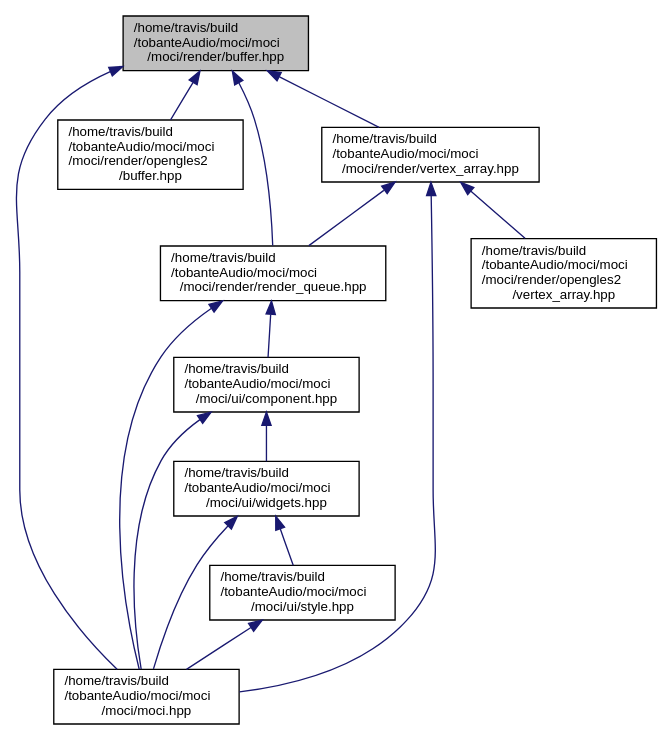
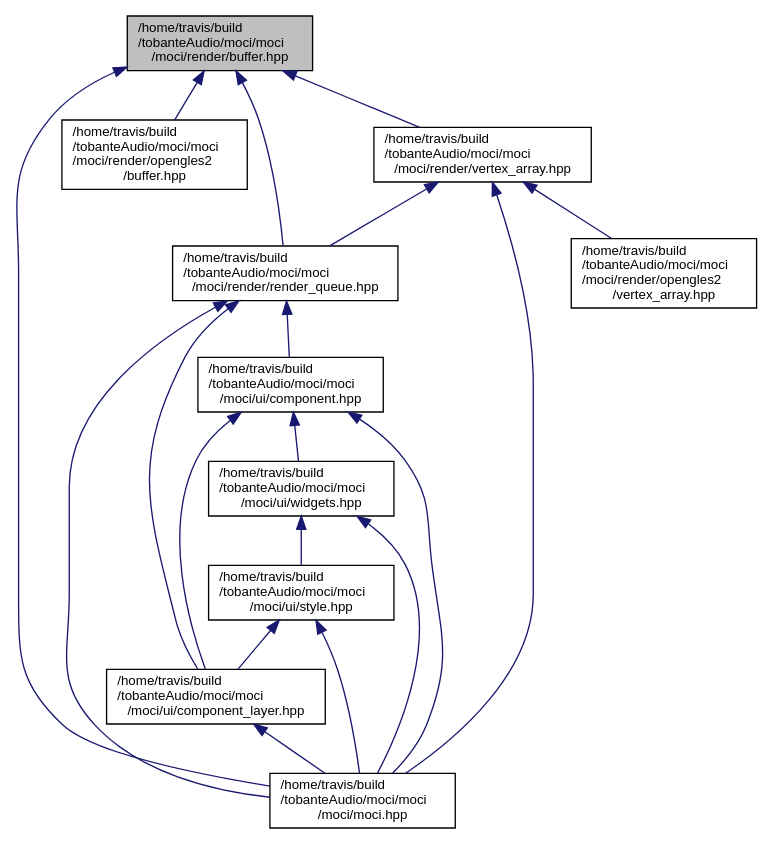
Before and after one commit to tobanteAudio/moci: the diagram in buffer_8hpp__dep__incl.dot, drawn with Graphviz. The commit also changed 93 other files, not shown here.

Commit message:
Deploy tobanteAudio/moci to github.com/tobanteAudio/moci.git:gh-pages

```diff
--- a/buffer_8hpp__dep__incl.dot
+++ b/buffer_8hpp__dep__incl.dot
@@ -1,28 +1,33 @@
 digraph "/home/travis/build/tobanteAudio/moci/moci/moci/render/buffer.hpp"
 {
   edge [fontname="Helvetica",fontsize="10",labelfontname="Helvetica",labelfontsize="10"];
   node [fontname="Helvetica",fontsize="10",shape=record];
   Node8 [label="/home/travis/build\l/tobanteAudio/moci/moci\l/moci/render/buffer.hpp",height=0.2,width=0.4,color="black", fillcolor="grey75", style="filled", fontcolor="black"];
   Node8 -> Node9 [dir="back",color="midnightblue",fontsize="10",style="solid",fontname="Helvetica"];
   Node9 [label="/home/travis/build\l/tobanteAudio/moci/moci\l/moci/moci.hpp",height=0.2,width=0.4,color="black", fillcolor="white", style="filled",URL="$moci_8hpp.html"];
   Node8 -> Node10 [dir="back",color="midnightblue",fontsize="10",style="solid",fontname="Helvetica"];
   Node10 [label="/home/travis/build\l/tobanteAudio/moci/moci\l/moci/render/opengles2\l/buffer.hpp",height=0.2,width=0.4,color="black", fillcolor="white", style="filled",URL="$opengles2_2buffer_8hpp.html"];
   Node8 -> Node11 [dir="back",color="midnightblue",fontsize="10",style="solid",fontname="Helvetica"];
   Node11 [label="/home/travis/build\l/tobanteAudio/moci/moci\l/moci/render/render_queue.hpp",height=0.2,width=0.4,color="black", fillcolor="white", style="filled",URL="$render__queue_8hpp.html"];
   Node11 -> Node9 [dir="back",color="midnightblue",fontsize="10",style="solid",fontname="Helvetica"];
   Node11 -> Node12 [dir="back",color="midnightblue",fontsize="10",style="solid",fontname="Helvetica"];
   Node12 [label="/home/travis/build\l/tobanteAudio/moci/moci\l/moci/ui/component.hpp",height=0.2,width=0.4,color="black", fillcolor="white", style="filled",URL="$component_8hpp.html"];
   Node12 -> Node9 [dir="back",color="midnightblue",fontsize="10",style="solid",fontname="Helvetica"];
   Node12 -> Node13 [dir="back",color="midnightblue",fontsize="10",style="solid",fontname="Helvetica"];
-  Node13 [label="/home/travis/build\l/tobanteAudio/moci/moci\l/moci/ui/widgets.hpp",height=0.2,width=0.4,color="black", fillcolor="white", style="filled",URL="$widgets_8hpp.html"];
+  Node13 [label="/home/travis/build\l/tobanteAudio/moci/moci\l/moci/ui/component_layer.hpp",height=0.2,width=0.4,color="black", fillcolor="white", style="filled",URL="$component__layer_8hpp.html"];
   Node13 -> Node9 [dir="back",color="midnightblue",fontsize="10",style="solid",fontname="Helvetica"];
-  Node13 -> Node14 [dir="back",color="midnightblue",fontsize="10",style="solid",fontname="Helvetica"];
-  Node14 [label="/home/travis/build\l/tobanteAudio/moci/moci\l/moci/ui/style.hpp",height=0.2,width=0.4,color="black", fillcolor="white", style="filled",URL="$style_8hpp.html"];
+  Node12 -> Node14 [dir="back",color="midnightblue",fontsize="10",style="solid",fontname="Helvetica"];
+  Node14 [label="/home/travis/build\l/tobanteAudio/moci/moci\l/moci/ui/widgets.hpp",height=0.2,width=0.4,color="black", fillcolor="white", style="filled",URL="$widgets_8hpp.html"];
   Node14 -> Node9 [dir="back",color="midnightblue",fontsize="10",style="solid",fontname="Helvetica"];
-  Node8 -> Node15 [dir="back",color="midnightblue",fontsize="10",style="solid",fontname="Helvetica"];
-  Node15 [label="/home/travis/build\l/tobanteAudio/moci/moci\l/moci/render/vertex_array.hpp",height=0.2,width=0.4,color="black", fillcolor="white", style="filled",URL="$vertex__array_8hpp.html"];
+  Node14 -> Node15 [dir="back",color="midnightblue",fontsize="10",style="solid",fontname="Helvetica"];
+  Node15 [label="/home/travis/build\l/tobanteAudio/moci/moci\l/moci/ui/style.hpp",height=0.2,width=0.4,color="black", fillcolor="white", style="filled",URL="$style_8hpp.html"];
   Node15 -> Node9 [dir="back",color="midnightblue",fontsize="10",style="solid",fontname="Helvetica"];
-  Node15 -> Node16 [dir="back",color="midnightblue",fontsize="10",style="solid",fontname="Helvetica"];
-  Node16 [label="/home/travis/build\l/tobanteAudio/moci/moci\l/moci/render/opengles2\l/vertex_array.hpp",height=0.2,width=0.4,color="black", fillcolor="white", style="filled",URL="$opengles2_2vertex__array_8hpp.html"];
-  Node15 -> Node11 [dir="back",color="midnightblue",fontsize="10",style="solid",fontname="Helvetica"];
+  Node15 -> Node13 [dir="back",color="midnightblue",fontsize="10",style="solid",fontname="Helvetica"];
+  Node11 -> Node13 [dir="back",color="midnightblue",fontsize="10",style="solid",fontname="Helvetica"];
+  Node8 -> Node16 [dir="back",color="midnightblue",fontsize="10",style="solid",fontname="Helvetica"];
+  Node16 [label="/home/travis/build\l/tobanteAudio/moci/moci\l/moci/render/vertex_array.hpp",height=0.2,width=0.4,color="black", fillcolor="white", style="filled",URL="$vertex__array_8hpp.html"];
+  Node16 -> Node9 [dir="back",color="midnightblue",fontsize="10",style="solid",fontname="Helvetica"];
+  Node16 -> Node17 [dir="back",color="midnightblue",fontsize="10",style="solid",fontname="Helvetica"];
+  Node17 [label="/home/travis/build\l/tobanteAudio/moci/moci\l/moci/render/opengles2\l/vertex_array.hpp",height=0.2,width=0.4,color="black", fillcolor="white", style="filled",URL="$opengles2_2vertex__array_8hpp.html"];
+  Node16 -> Node11 [dir="back",color="midnightblue",fontsize="10",style="solid",fontname="Helvetica"];
 }
```
